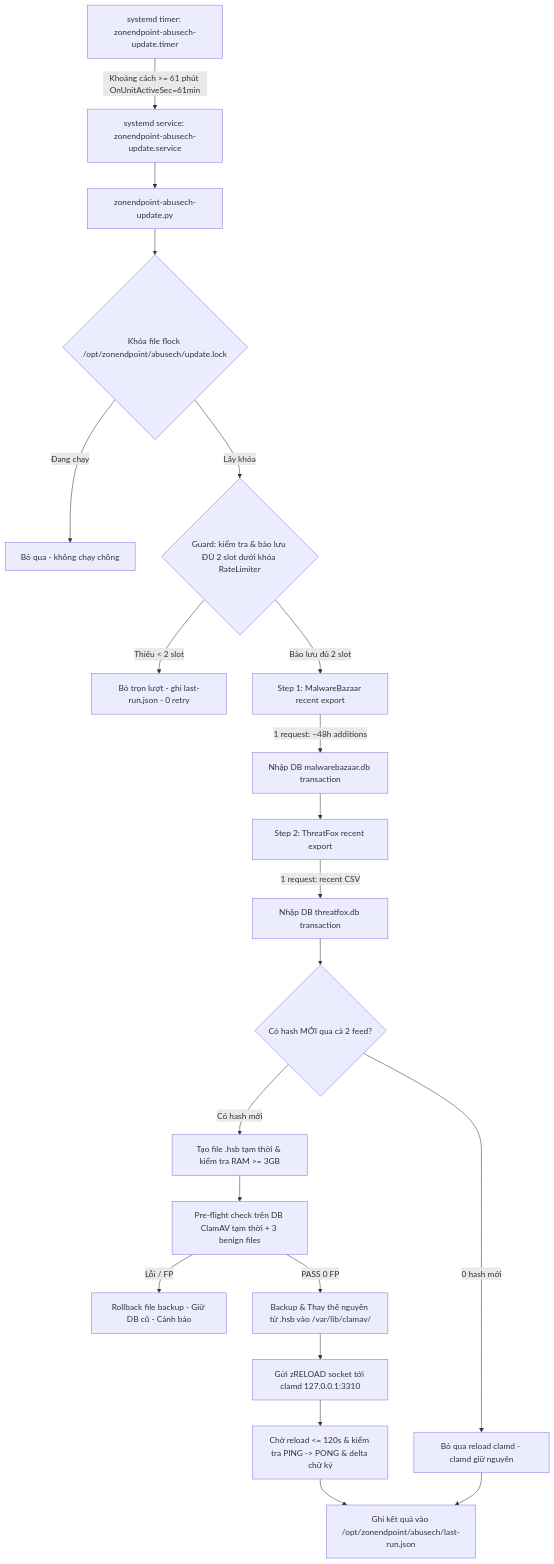
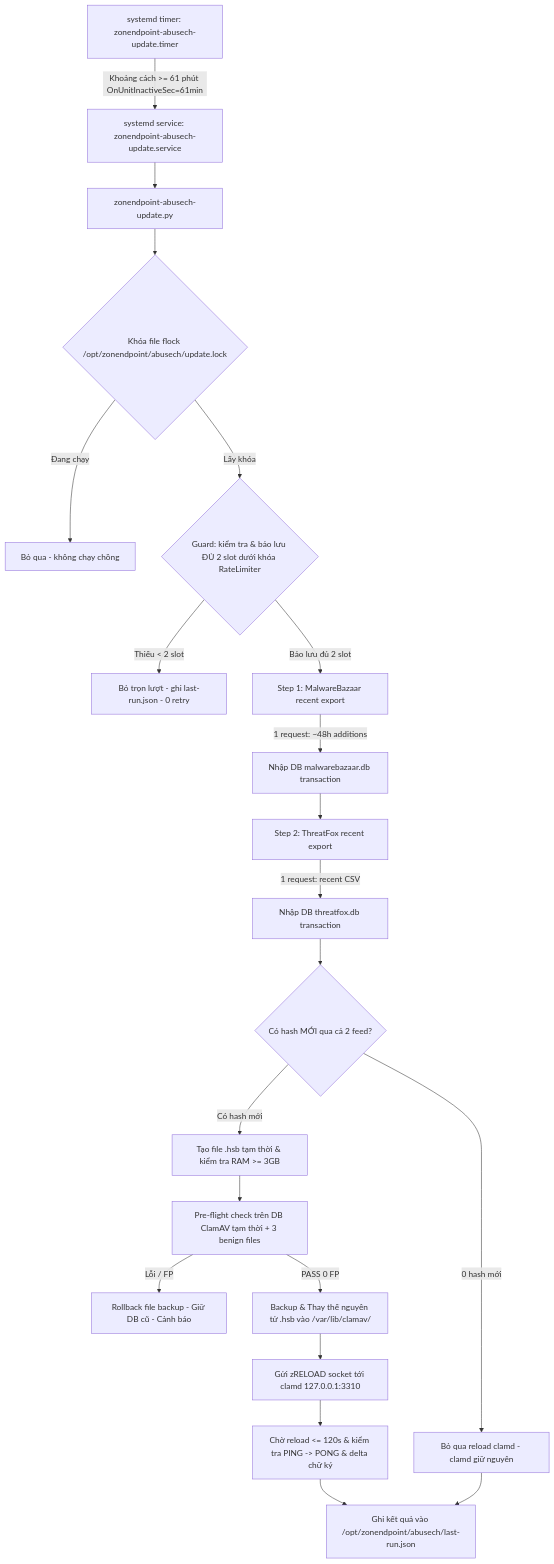
Before and after one commit to quockhanh2376/Zonendpoint: the diagram in docs/ops/abusech-timer.md, drawn with Mermaid. The commit also changed other lines of this file and 2 other files, not shown here.

Commit message:
fix(feeds): switch timer to OnUnitInactiveSec for long run safety (Task V-44)

````diff
--- a/docs/ops/abusech-timer.md
+++ b/docs/ops/abusech-timer.md
@@ -15,23 +15,23 @@
 ```mermaid
 flowchart TD
-    T["systemd timer: zonendpoint-abusech-update.timer"] -->|Khoảng cách >= 61 phút OnUnitActiveSec=61min| S["systemd service: zonendpoint-abusech-update.service"]
+    T["systemd timer: zonendpoint-abusech-update.timer"] -->|Khoảng cách >= 61 phút OnUnitInactiveSec=61min| S["systemd service: zonendpoint-abusech-update.service"]
     S --> U["zonendpoint-abusech-update.py"]
     U --> L{"Khóa file flock /opt/zonendpoint/abusech/update.lock"}
     L -->|Đang chạy| E1["Bỏ qua - không chạy chồng"]
     L -->|Lấy khóa| R{"Guard: kiểm tra & bảo lưu ĐỦ 2 slot dưới khóa RateLimiter"}
     R -->|Thiếu < 2 slot| E2["Bỏ trọn lượt - ghi last-run.json - 0 retry"]
     R -->|Bảo lưu đủ 2 slot| MB["Step 1: MalwareBazaar recent export"]
     MB -->|1 request: ~48h additions| MBD["Nhập DB malwarebazaar.db transaction"]
     MBD --> TF["Step 2: ThreatFox recent export"]
     TF -->|1 request: recent CSV| TFD["Nhập DB threatfox.db transaction"]
     TFD --> SIG{"Có hash MỚI qua cả 2 feed?"}
     SIG -->|0 hash mới| NR["Bỏ qua reload clamd - clamd giữ nguyên"]
     SIG -->|Có hash mới| DEP["Tạo file .hsb tạm thời & kiểm tra RAM >= 3GB"]
     DEP --> TEST["Pre-flight check trên DB ClamAV tạm thời + 3 benign files"]
     TEST -->|Lỗi / FP| RB["Rollback file backup - Giữ DB cũ - Cảnh báo"]
     TEST -->|PASS 0 FP| SWAP["Backup & Thay thế nguyên tử .hsb vào /var/lib/clamav/"]
     SWAP --> RELOAD["Gửi zRELOAD socket tới clamd 127.0.0.1:3310"]
     RELOAD --> WAIT["Chờ reload <= 120s & kiểm tra PING -> PONG & delta chữ ký"]
     WAIT --> LOG["Ghi kết quả vào /opt/zonendpoint/abusech/last-run.json"]
     NR --> LOG
 ```
````
